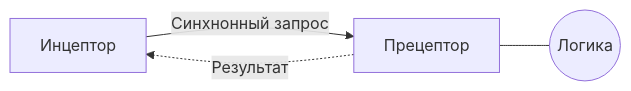
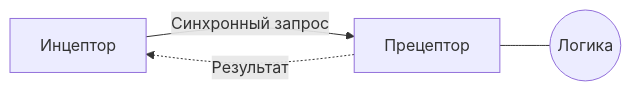
One commit to johnthesmith/scraps changed the diagram in ru/msa.md. Above: the diagram before and after it, drawn with Mermaid. The commit also changed other lines of this file, not shown here.

````diff
--- a/ru/msa.md
+++ b/ru/msa.md
@@ -13,10 +13,10 @@
 ```mermaid
 graph LR;
     inceptor[Инцептор]
     preceptor[Прецептор]
     rig((Логика))
 
-    inceptor --> |Синхнонный запрос| preceptor;
+    inceptor --> |Синхронный запрос| preceptor;
     preceptor -.-> |Результат| inceptor;
     preceptor --- rig
 ```
````
